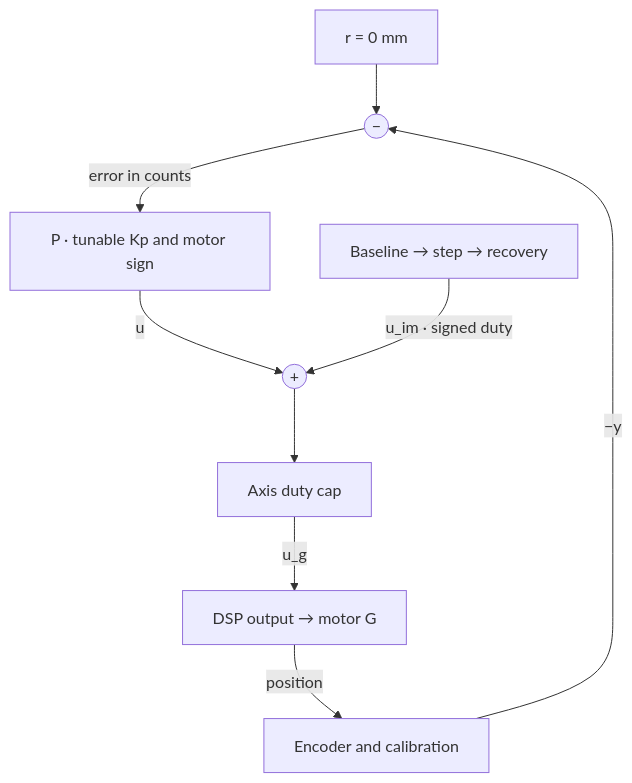
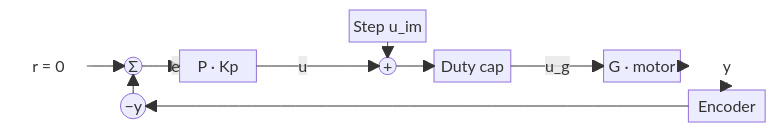
One commit to pochihh/Project-Crazy-Diamond changed the diagram in ros2_ws/doc/diagrams/step_recorder.md. Above: the diagram before and after it, drawn with Mermaid. The commit also changed 3 other files, not shown here.

Commit message:
Draw controller diagrams with a forward path and negative feedback return

````diff
--- a/ros2_ws/doc/diagrams/step_recorder.md
+++ b/ros2_ws/doc/diagrams/step_recorder.md
@@ -3,11 +3,19 @@
 ```mermaid
-flowchart TD
-    r["r = 0 mm"] --> e(("−"))
-    e -->|"error in counts"| p["P · tunable Kp and motor sign"]
-    p -->|"u"| sum(("+"))
-    step["Baseline → step → recovery"] -->|"u_im · signed duty"| sum
-    sum --> cap["Axis duty cap"]
-    cap -->|"u_g"| motor["DSP output → motor G"]
-    motor -->|"position"| y["Encoder and calibration"]
-    y -->|"−y"| e
+block-beta
+    columns 9
+    space:4 inj["Step u_im"] space:4
+    r["r = 0"] err(("Σ")) p["P · Kp"] space mix(("+")) cap["Duty cap"] space g["G · motor"] y["y"]
+    space neg(("−y")) space:6 encoder["Encoder"]
+    r --> err
+    err -- "e" --> p
+    p -- "u" --> mix
+    inj --> mix
+    mix --> cap
+    cap -- "u_g" --> g
+    g --> y
+    y --> encoder
+    encoder --> neg
+    neg --> err
+    classDef signal fill:transparent,stroke:none
+    class r,y signal
 ```
````
